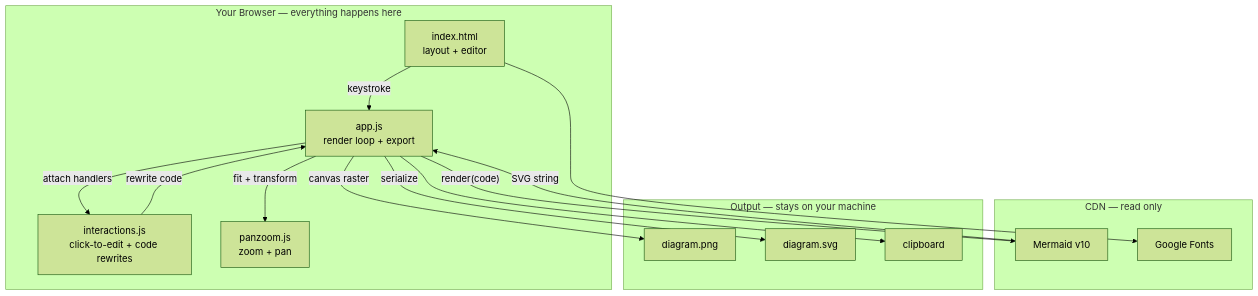
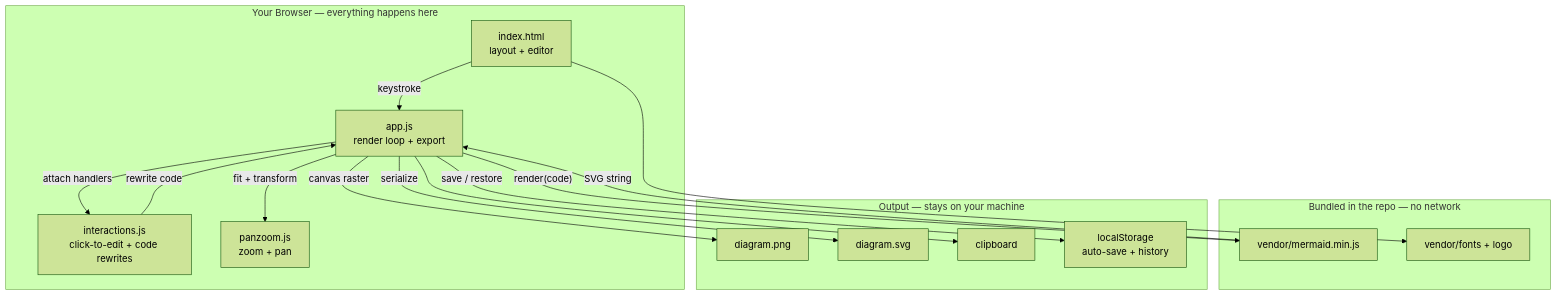
One commit to Kaustubhhbhoirr/Scales changed the diagram in README.md. Above: the diagram before and after it, drawn with Mermaid (forest theme). The commit also changed other lines of this file, not shown here.

First line of the commit message:
docs: mark v1.1 complete — history, themes, self-hosting

````diff
--- a/README.md
+++ b/README.md
@@ -110,31 +114,33 @@
 ```mermaid
 graph TB
     subgraph "Your Browser — everything happens here"
         A["index.html<br/>layout + editor"]
         B["app.js<br/>render loop + export"]
         C["interactions.js<br/>click-to-edit + code rewrites"]
         D["panzoom.js<br/>zoom + pan"]
     end
 
-    subgraph "CDN — read only"
-        E["Mermaid v10"]
-        F["Google Fonts"]
+    subgraph "Bundled in the repo — no network"
+        E["vendor/mermaid.min.js"]
+        F["vendor/fonts + logo"]
     end
 
     subgraph "Output — stays on your machine"
         G["diagram.png"]
         H["diagram.svg"]
         I["clipboard"]
+        J["localStorage<br/>auto-save + history"]
     end
 
     A -->|"keystroke"| B
     B -->|"render(code)"| E
     E -->|"SVG string"| B
     B -->|"attach handlers"| C
     C -->|"rewrite code"| B
     B -->|"fit + transform"| D
     A --> F
     B -->|"canvas raster"| G
     B -->|"serialize"| H
     B --> I
+    B -->|"save / restore"| J
 ```
````
